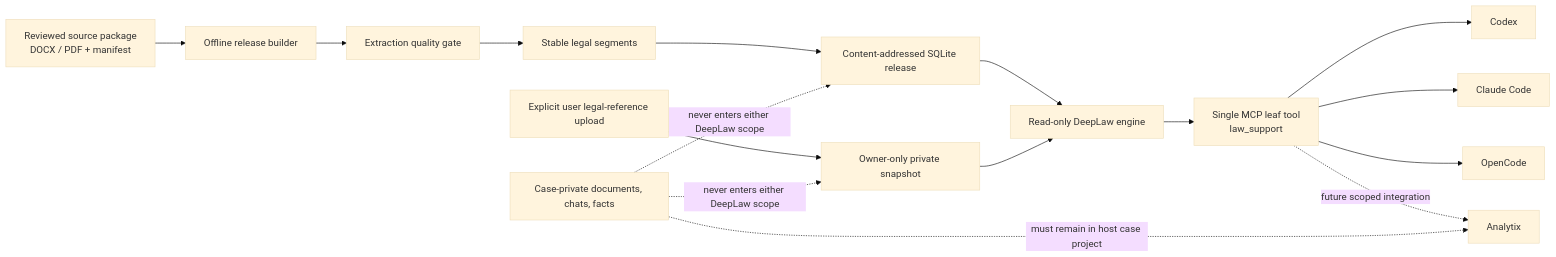
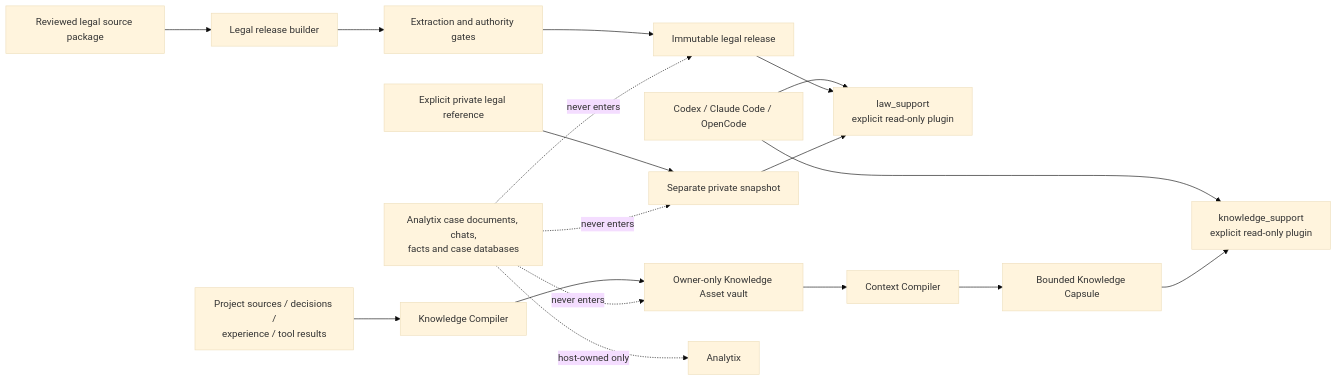
One commit to Eysn0130/DeepLaw changed the diagram in docs/ARCHITECTURE.md. Above: the diagram before and after it, drawn with Mermaid (base theme). The commit also changed other lines of this file and 100 other files, not shown here.

Commit message:
feat(knowledge): deliver verifiable knowledge OS and benchmark gate

````diff
--- a/docs/ARCHITECTURE.md
+++ b/docs/ARCHITECTURE.md
@@ -94,19 +136,23 @@
 ```mermaid
 flowchart LR
-    S["Reviewed source package\nDOCX / PDF + manifest"] --> B["Offline release builder"]
-    B --> Q["Extraction quality gate"]
-    Q --> G["Stable legal segments"]
-    G --> R["Content-addressed SQLite release"]
-    R --> E["Read-only DeepLaw engine"]
-    U["Explicit user legal-reference upload"] --> P["Owner-only private snapshot"]
-    P --> E
-    E --> M["Single MCP leaf tool\nlaw_support"]
-    M --> CX["Codex"]
-    M --> H["Claude Code"]
-    M --> O["OpenCode"]
-    M -. "future scoped integration" .-> A["Analytix"]
+    A["Codex / Claude Code / OpenCode"] --> KS["knowledge_support\nexplicit read-only plugin"]
+    A --> LS["law_support\nexplicit read-only plugin"]
 
-    CASE["Case-private documents, chats, facts"] -. "must remain in host case project" .-> A
-    CASE -. "never enters either DeepLaw scope" .-> R
-    CASE -. "never enters either DeepLaw scope" .-> P
+    KIN["Project sources / decisions /\nexperience / tool results"] --> KC["Knowledge Compiler"]
+    KC --> KV["Owner-only Knowledge Asset vault"]
+    KV --> CC["Context Compiler"]
+    CC --> KP["Bounded Knowledge Capsule"]
+    KP --> KS
+
+    SIN["Reviewed legal source package"] --> LB["Legal release builder"]
+    LB --> LQ["Extraction and authority gates"]
+    LQ --> LR["Immutable legal release"]
+    LU["Explicit private legal reference"] --> LP["Separate private snapshot"]
+    LR --> LS
+    LP --> LS
+
+    CASE["Analytix case documents, chats,\nfacts and case databases"] -. "host-owned only" .-> AX["Analytix"]
+    CASE -. "never enters" .-> KV
+    CASE -. "never enters" .-> LR
+    CASE -. "never enters" .-> LP
 ```
````
